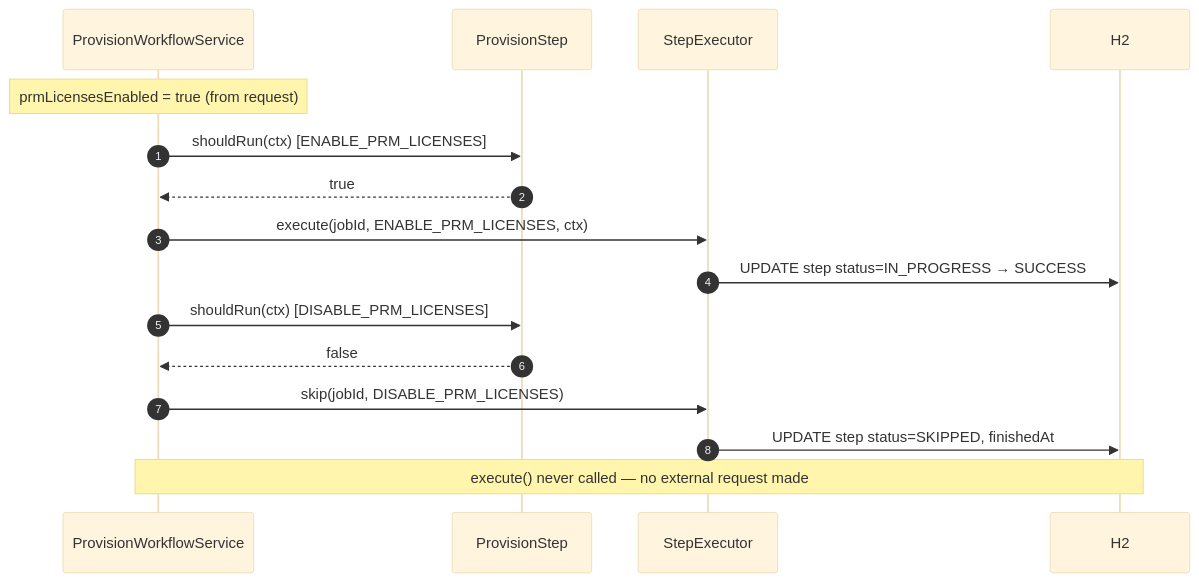
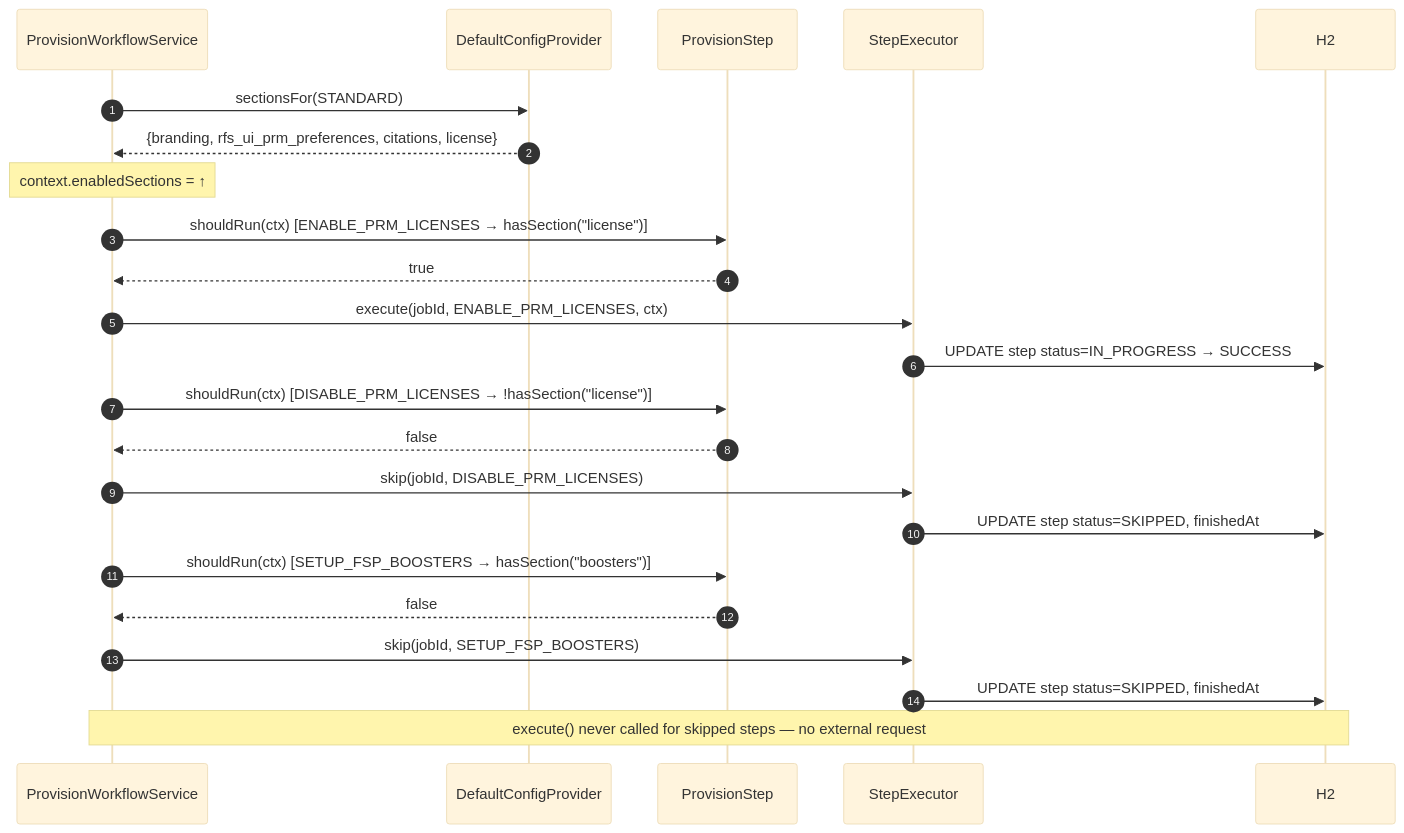
One commit to bora-arch/create-org-poc changed the seventh of 7 diagrams in docs/diagrams.md. Above: the diagram before and after it, drawn with Mermaid (base theme). The commit also changed other lines of this file and 23 other files, not shown here.

First line of the commit message:
Drive step skipping by orgType + default_config.json profiles

````diff
--- a/docs/diagrams.md
+++ b/docs/diagrams.md
@@ -257,21 +276,29 @@
 ```mermaid
 sequenceDiagram
     autonumber
     participant WS as ProvisionWorkflowService
+    participant CFG as DefaultConfigProvider
     participant Step as ProvisionStep
     participant SE as StepExecutor
     participant DB as H2
 
-    Note over WS: prmLicensesEnabled = true (from request)
+    WS->>CFG: sectionsFor(STANDARD)
+    CFG-->>WS: {branding, rfs_ui_prm_preferences, citations, license}
+    Note over WS: context.enabledSections = ↑
 
-    WS->>Step: shouldRun(ctx)  [ENABLE_PRM_LICENSES]
+    WS->>Step: shouldRun(ctx)  [ENABLE_PRM_LICENSES → hasSection("license")]
     Step-->>WS: true
     WS->>SE: execute(jobId, ENABLE_PRM_LICENSES, ctx)
     SE->>DB: UPDATE step status=IN_PROGRESS → SUCCESS
 
-    WS->>Step: shouldRun(ctx)  [DISABLE_PRM_LICENSES]
+    WS->>Step: shouldRun(ctx)  [DISABLE_PRM_LICENSES → !hasSection("license")]
     Step-->>WS: false
     WS->>SE: skip(jobId, DISABLE_PRM_LICENSES)
     SE->>DB: UPDATE step status=SKIPPED, finishedAt
-    Note over WS,DB: execute() never called — no external request made
+
+    WS->>Step: shouldRun(ctx)  [SETUP_FSP_BOOSTERS → hasSection("boosters")]
+    Step-->>WS: false
+    WS->>SE: skip(jobId, SETUP_FSP_BOOSTERS)
+    SE->>DB: UPDATE step status=SKIPPED, finishedAt
+    Note over WS,DB: execute() never called for skipped steps — no external request
 ```
````
